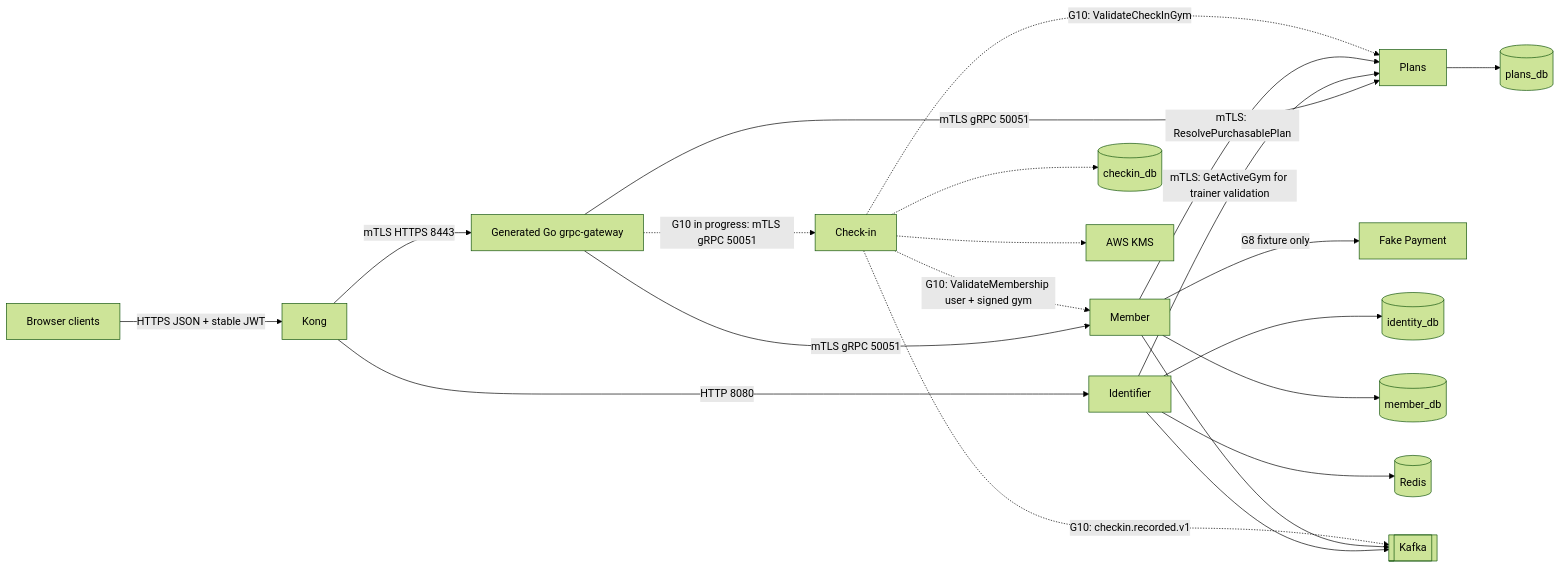
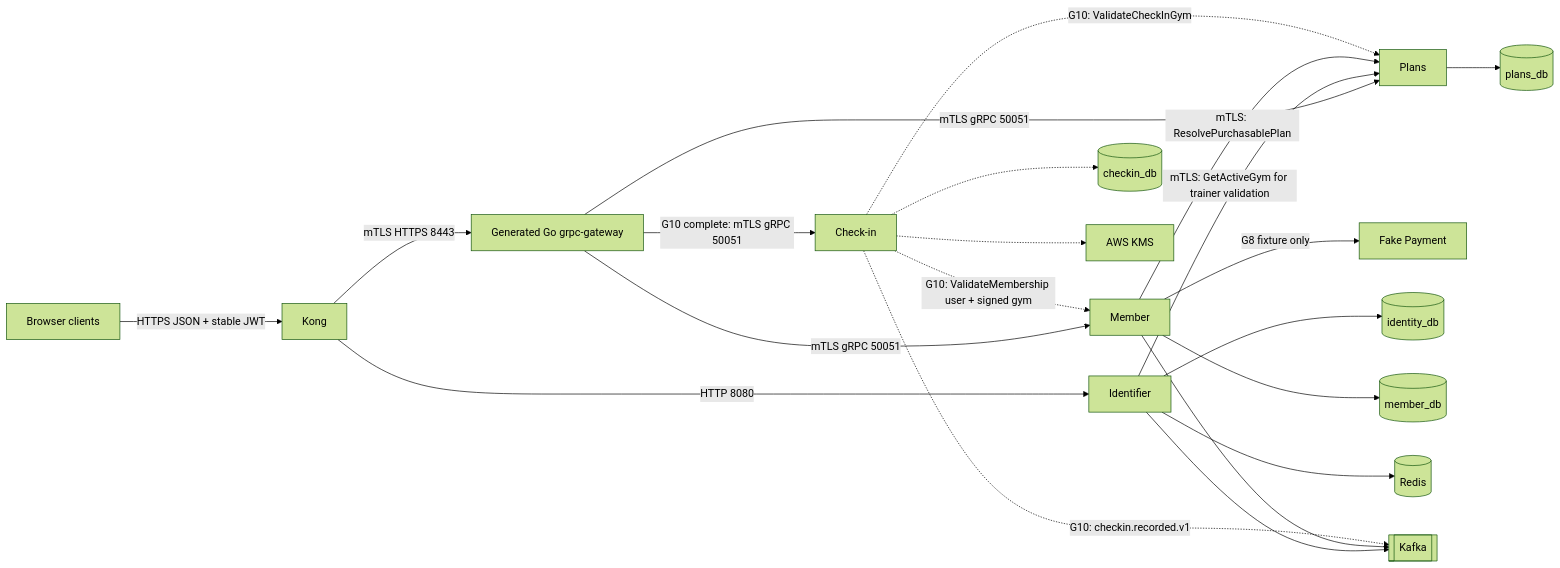
Before and after one commit to pploc/gym-architect: the first of 2 diagrams in architecture/00-overview.md, drawn with Mermaid (forest theme). The commit also changed other lines of this file and 5 other files, not shown here.

````diff
--- a/architecture/00-overview.md
+++ b/architecture/00-overview.md
@@ -38,25 +38,25 @@
 ```mermaid
 flowchart LR
     Client[Browser clients] -->|HTTPS JSON + stable JWT| Kong[Kong]
     Kong -->|HTTP 8080| ID[Identifier]
     Kong -->|mTLS HTTPS 8443| GW[Generated Go grpc-gateway]
     GW -->|mTLS gRPC 50051| MB[Member]
     GW -->|mTLS gRPC 50051| PL[Plans]
-    GW -.->|G10 in progress: mTLS gRPC 50051| CI[Check-in]
+    GW -->|G10 complete: mTLS gRPC 50051| CI[Check-in]
 
     ID -->|mTLS: GetActiveGym for trainer validation| PL
     MB -->|mTLS: ResolvePurchasablePlan| PL
     CI -.->|G10: ValidateMembership user + signed gym| MB
     CI -.->|G10: ValidateCheckInGym| PL
     MB -->|G8 fixture only| FP[Fake Payment]
 
     ID --> IDDB[(identity_db)]
     MB --> MBDB[(member_db)]
     PL --> PLDB[(plans_db)]
     CI -.-> CIDB[(checkin_db)]
     CI -.-> KMS[AWS KMS]
     ID --> Redis[(Redis)]
     ID --> Kafka[[Kafka]]
     MB --> Kafka
     CI -.->|G10: checkin.recorded.v1| Kafka
 ```
````
